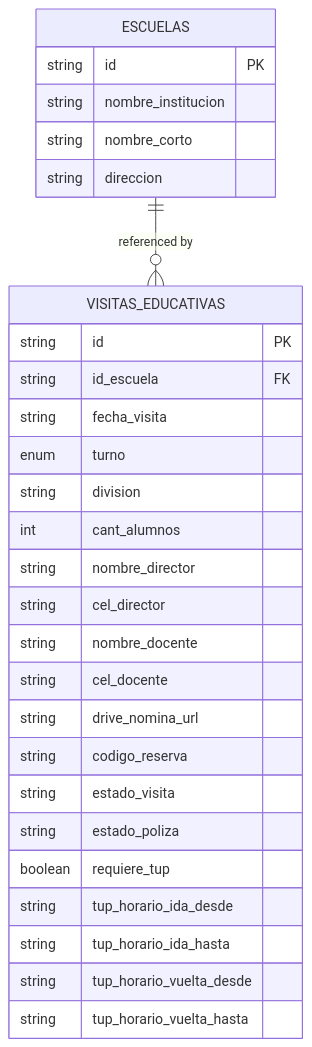
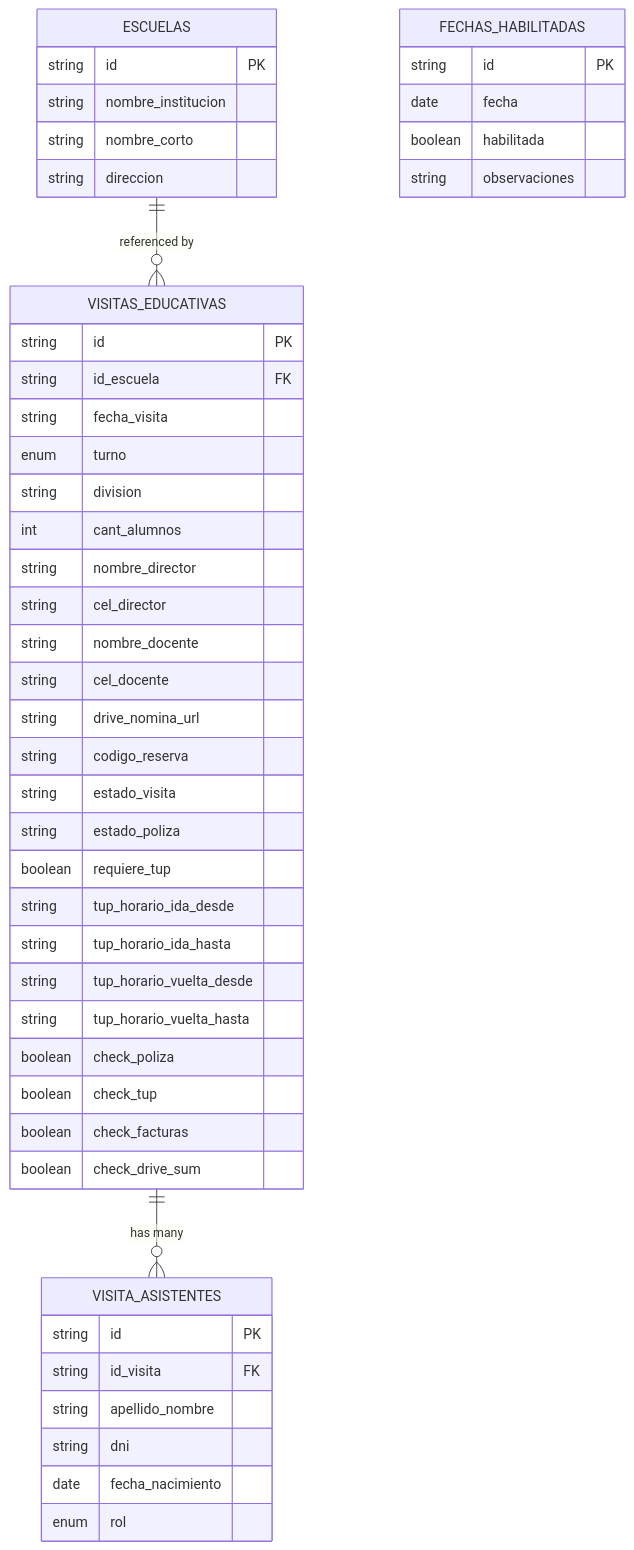
Before and after one commit to AgusCatra/simu-twin-web: the third of 4 diagrams in .qoder/repowiki/en/content/Core Services & Business Logic/Visit Management Service.md, drawn with Mermaid. The commit also changed other lines of this file and 21 other files, not shown here.

````diff
--- a/.qoder/repowiki/en/content/Core Services & Business Logic/Visit Management Service.md
+++ b/.qoder/repowiki/en/content/Core Services & Business Logic/Visit Management Service.md
@@ -225,31 +376,50 @@
 ```mermaid
 erDiagram
 ESCUELAS {
 string id PK
 string nombre_institucion
 string nombre_corto
 string direccion
+}
+FECHAS_HABILITADAS {
+string id PK
+date fecha
+boolean habilitada
+string observaciones
 }
 VISITAS_EDUCATIVAS {
 string id PK
 string id_escuela FK
 string fecha_visita
 enum turno
 string division
 int cant_alumnos
 string nombre_director
 string cel_director
 string nombre_docente
 string cel_docente
 string drive_nomina_url
 string codigo_reserva
 string estado_visita
 string estado_poliza
 boolean requiere_tup
 string tup_horario_ida_desde
 string tup_horario_ida_hasta
 string tup_horario_vuelta_desde
 string tup_horario_vuelta_hasta
+boolean check_poliza
+boolean check_tup
+boolean check_facturas
+boolean check_drive_sum
+}
+VISITA_ASISTENTES {
+string id PK
+string id_visita FK
+string apellido_nombre
+string dni
+date fecha_nacimiento
+enum rol
 }
 ESCUELAS ||--o{ VISITAS_EDUCATIVAS : "referenced by"
+VISITAS_EDUCATIVAS ||--o{ VISITA_ASISTENTES : "has many"
 ```
````
